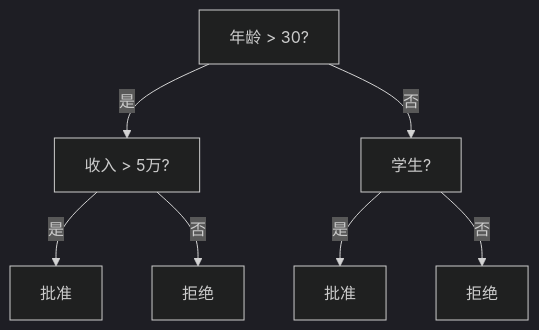
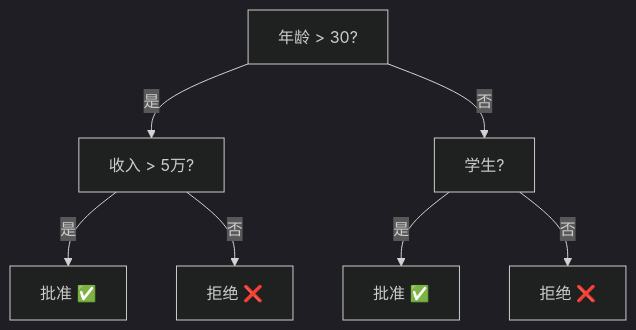
Before and after one commit to hxjmmmm/thought-vectors: the diagram in src/content/docs/tutorials/ml-basics/04-classic-algorithms.mdx, drawn with Mermaid (dark theme). The commit also changed other lines of this file and 2 other files, not shown here.

````diff
--- a/src/content/docs/tutorials/ml-basics/04-classic-algorithms.mdx
+++ b/src/content/docs/tutorials/ml-basics/04-classic-algorithms.mdx
@@ -45,9 +36,9 @@
 ```mermaid
 flowchart TD
     A[年龄 > 30?] -->|是| B[收入 > 5万?]
     A -->|否| C[学生?]
-    B -->|是| D[批准]
-    B -->|否| E[拒绝]
-    C -->|是| F[批准]
-    C -->|否| G[拒绝]
+    B -->|是| D[批准 ✅]
+    B -->|否| E[拒绝 ❌]
+    C -->|是| F[批准 ✅]
+    C -->|否| G[拒绝 ❌]
 ```
````
